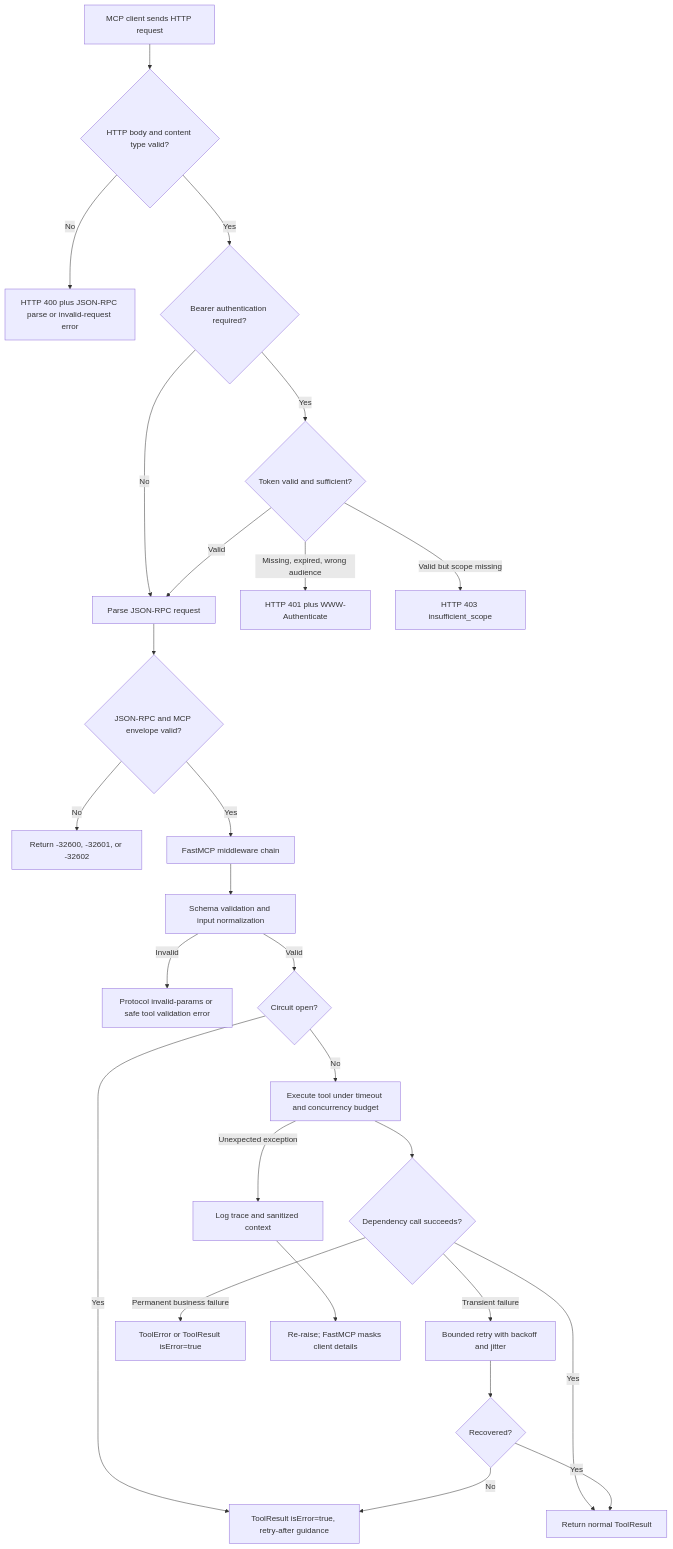
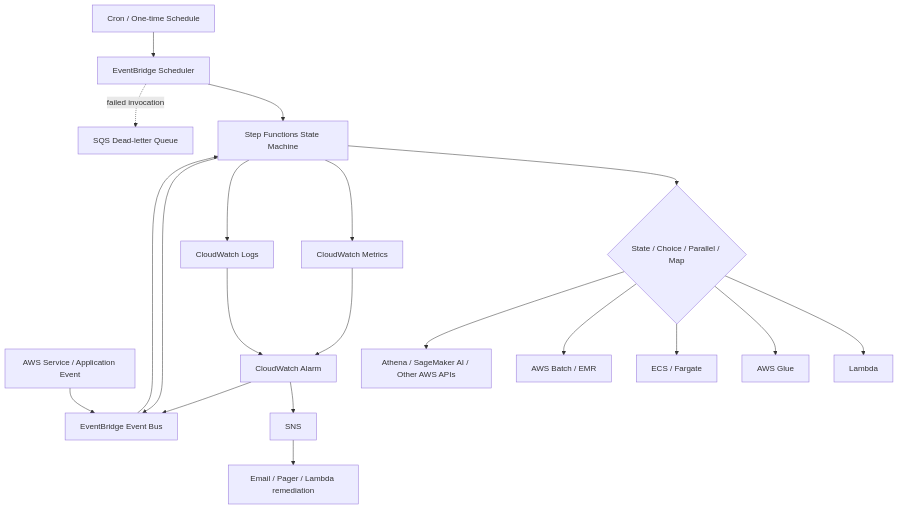
Before and after one commit to henryfan000418/innov_data: the fourth of 6 diagrams in deep-research-report.md, drawn with Mermaid. The commit also changed other lines of this file, not shown here.

````diff
--- a/deep-research-report.md
+++ b/deep-research-report.md
@@ -303,28 +153,25 @@
 ```mermaid
 flowchart TD
-    A[MCP client sends HTTP request] --> B{HTTP body and content type valid?}
-    B -- No --> C[HTTP 400 plus JSON-RPC parse or invalid-request error]
-    B -- Yes --> D{Bearer authentication required?}
-    D -- No --> F[Parse JSON-RPC request]
-    D -- Yes --> E{Token valid and sufficient?}
-    E -- Missing, expired, wrong audience --> E1[HTTP 401 plus WWW-Authenticate]
-    E -- Valid but scope missing --> E2[HTTP 403 insufficient_scope]
-    E -- Valid --> F
-    F --> G{JSON-RPC and MCP envelope valid?}
-    G -- No --> H[Return -32600, -32601, or -32602]
-    G -- Yes --> I[FastMCP middleware chain]
-    I --> J[Schema validation and input normalization]
-    J -- Invalid --> K[Protocol invalid-params or safe tool validation error]
-    J -- Valid --> L{Circuit open?}
-    L -- Yes --> M[ToolResult isError=true, retry-after guidance]
-    L -- No --> N[Execute tool under timeout and concurrency budget]
-    N --> O{Dependency call succeeds?}
-    O -- Yes --> P[Return normal ToolResult]
-    O -- Transient failure --> Q[Bounded retry with backoff and jitter]
-    Q --> R{Recovered?}
-    R -- Yes --> P
-    R -- No --> M
-    O -- Permanent business failure --> S[ToolError or ToolResult isError=true]
-    N -- Unexpected exception --> T[Log trace and sanitized context]
-    T --> U[Re-raise; FastMCP masks client details]
+    A[Cron / One-time Schedule] --> B[EventBridge Scheduler]
+    C[AWS Service / Application Event] --> D[EventBridge Event Bus]
+    B --> E[Step Functions State Machine]
+    D --> E
+
+    E --> F{State / Choice / Parallel / Map}
+    F --> G[Lambda]
+    F --> H[AWS Glue]
+    F --> I[ECS / Fargate]
+    F --> J[AWS Batch / EMR]
+    F --> K[Athena / SageMaker AI / Other AWS APIs]
+
+    E --> L[CloudWatch Metrics]
+    E --> M[CloudWatch Logs]
+    L --> N[CloudWatch Alarm]
+    M --> N
+    E --> D
+    N --> O[SNS]
+    N --> D
+
+    B -. failed invocation .-> Q[SQS Dead-letter Queue]
+    O --> R[Email / Pager / Lambda remediation]
 ```
````
